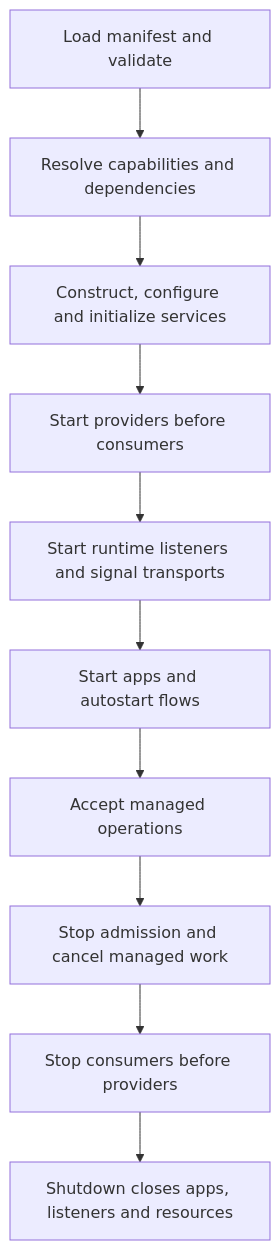
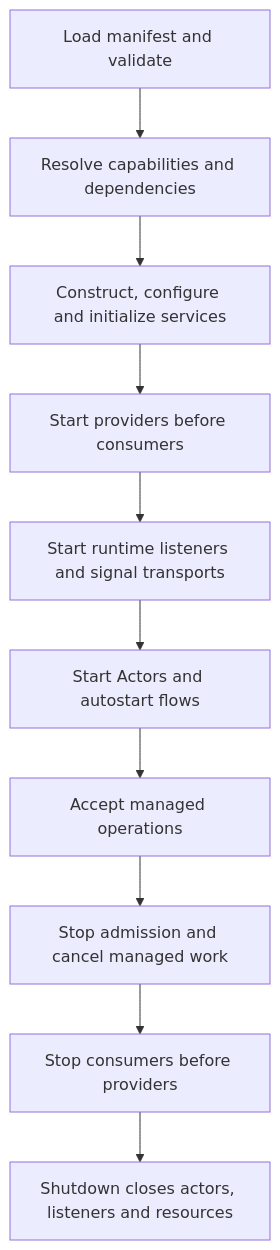
The diagram in docs/content/runtime.md (ROSMicroPy/RobotPrimitivesStack), drawn with Mermaid before and after one commit. The commit also changed other lines of this file and 569 other files, not shown here.

````diff
--- a/docs/content/runtime.md
+++ b/docs/content/runtime.md
@@ -19,12 +17,12 @@
 ```mermaid
 flowchart TD
     Load[Load manifest and validate] --> Resolve[Resolve capabilities and dependencies]
     Resolve --> Init[Construct, configure and initialize services]
     Init --> Start[Start providers before consumers]
     Start --> Infra[Start runtime listeners and signal transports]
-    Infra --> Apps[Start apps and autostart flows]
-    Apps --> Work[Accept managed operations]
+    Infra --> Actors[Start Actors and autostart flows]
+    Actors --> Work[Accept managed operations]
     Work --> Stop[Stop admission and cancel managed work]
     Stop --> Cleanup[Stop consumers before providers]
-    Cleanup --> Shutdown[Shutdown closes apps, listeners and resources]
+    Cleanup --> Shutdown[Shutdown closes actors, listeners and resources]
 ```
````
